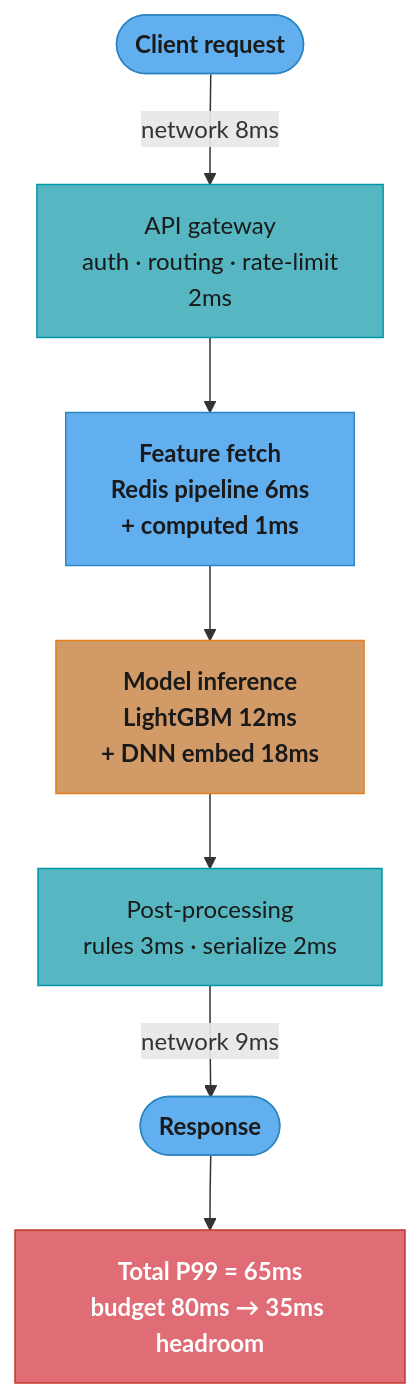
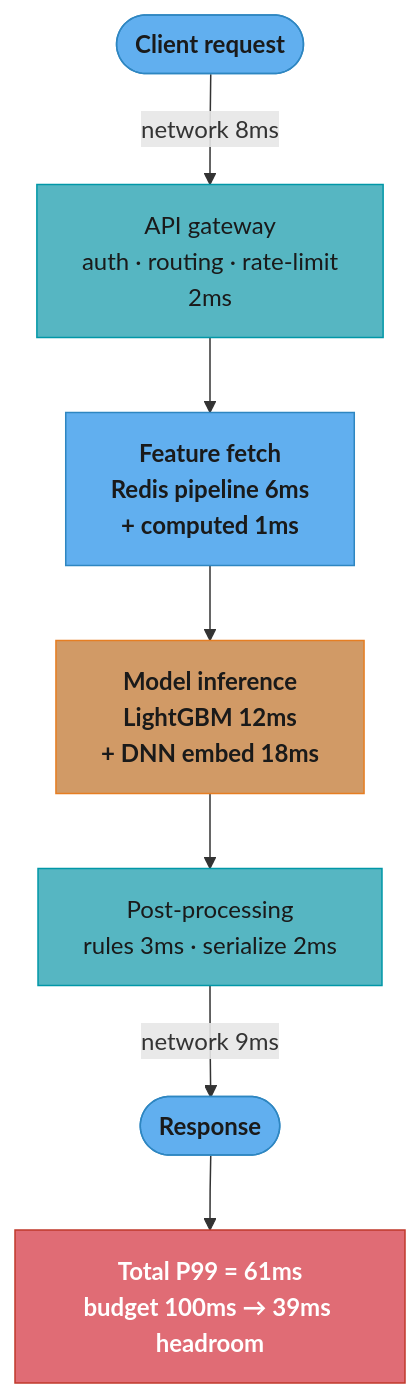
One commit to rppol/system-design changed the first of 5 diagrams in src/main/java/com/rutik/systemdesign/ml/ml_system_design/latency_and_throughput_optimization.md. Above: the diagram before and after it, drawn with Mermaid. The commit also changed other lines of this file and 114 other files, not shown here.

````diff
--- a/src/main/java/com/rutik/systemdesign/ml/ml_system_design/latency_and_throughput_optimization.md
+++ b/src/main/java/com/rutik/systemdesign/ml/ml_system_design/latency_and_throughput_optimization.md
@@ -76,24 +85,24 @@
 ```mermaid
 flowchart TD
     classDef io      fill:#61afef,stroke:#2e86c1,color:#1a1a1a,font-weight:bold
     classDef frozen  fill:#c678dd,stroke:#9b59b6,color:#fff
     classDef train   fill:#98c379,stroke:#27ae60,color:#1a1a1a
     classDef mathOp  fill:#d19a66,stroke:#e67e22,color:#1a1a1a,font-weight:bold
     classDef lossN   fill:#e06c75,stroke:#c0392b,color:#fff,font-weight:bold
     classDef req     fill:#56b6c2,stroke:#0097a7,color:#1a1a1a
     classDef base    fill:#e5c07b,stroke:#f39c12,color:#1a1a1a
 
     client([Client request]) -->|"network 8ms"| gw["API gateway\nauth · routing · rate-limit\n2ms"]
     gw --> feat["Feature fetch\nRedis pipeline 6ms\n+ computed 1ms"]
     feat --> inf["Model inference\nLightGBM 12ms\n+ DNN embed 18ms"]
     inf --> post["Post-processing\nrules 3ms · serialize 2ms"]
     post -->|"network 9ms"| resp([Response])
-    resp --> total["Total P99 = 65ms\nbudget 80ms → 35ms headroom"]
+    resp --> total["Total P99 = 61ms\nbudget 100ms → 39ms headroom"]
 
     class client,resp io
     class gw req
     class feat io
     class inf mathOp
     class post req
     class total lossN
 ```
````
